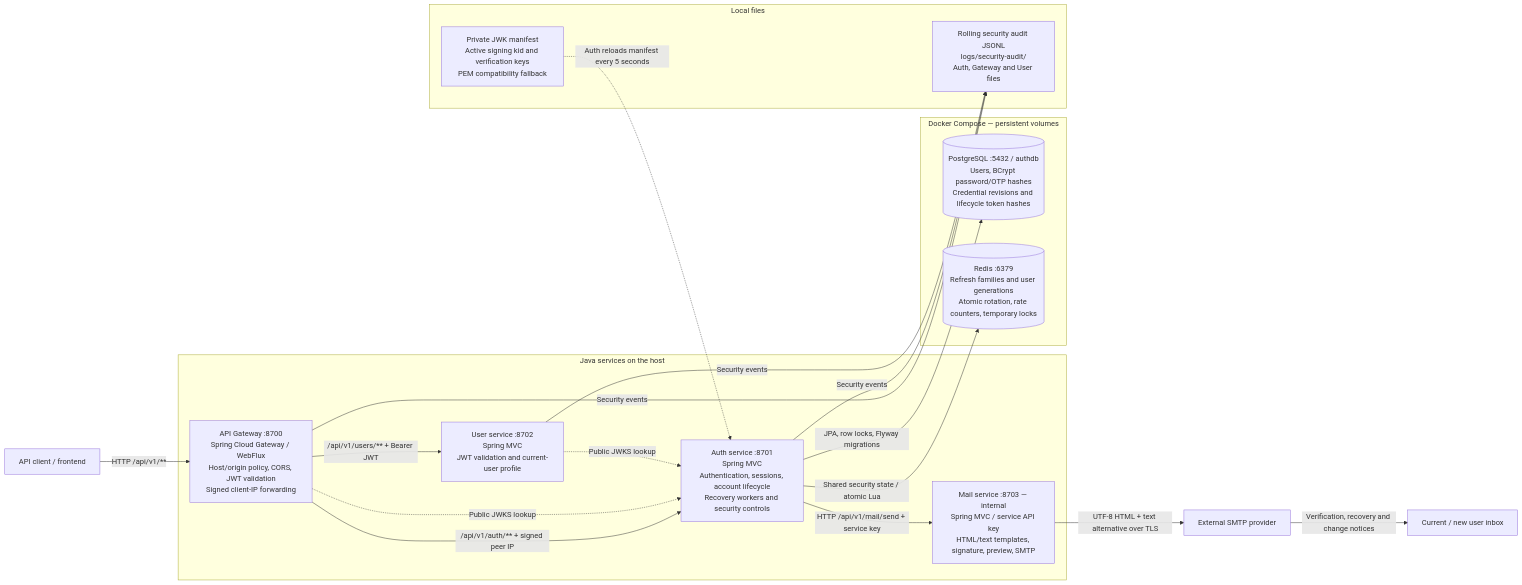
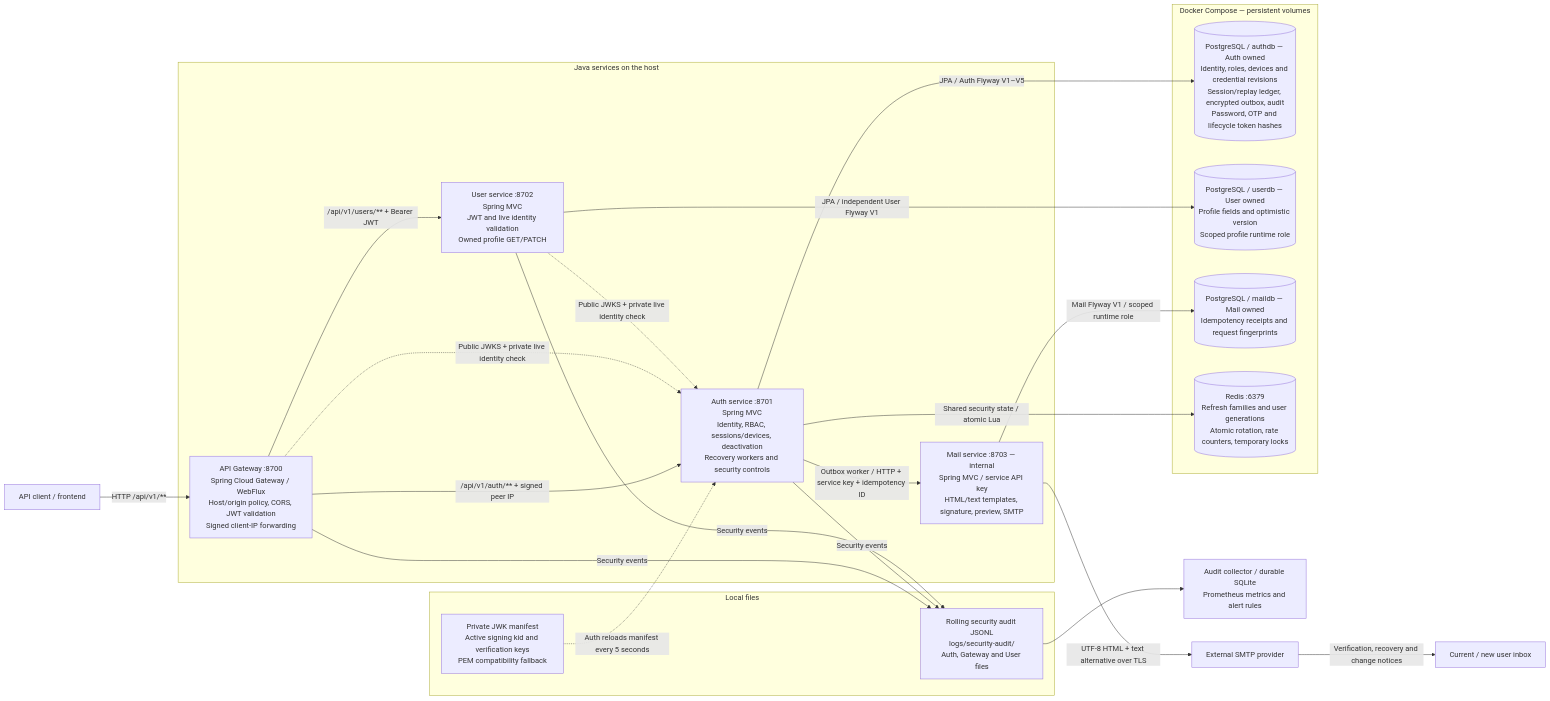
Before and after one commit to Sanglm2207/hybrid-auth-platform: the first of 3 diagrams in README.md, drawn with Mermaid. The commit also changed other lines of this file and 7 other files, not shown here.

Commit message:
docs: update architecture and P0 P1 P2 rollout guidance

````diff
--- a/README.md
+++ b/README.md
@@ -19,39 +23,44 @@
 ```mermaid
 flowchart LR
     client["API client / frontend"]
 
     subgraph services["Java services on the host"]
         gateway["API Gateway :8700<br/>Spring Cloud Gateway / WebFlux<br/>Host/origin policy, CORS, JWT validation<br/>Signed client-IP forwarding"]
-        auth["Auth service :8701<br/>Spring MVC<br/>Authentication, sessions, account lifecycle<br/>Recovery workers and security controls"]
-        user["User service :8702<br/>Spring MVC<br/>JWT validation and current-user profile"]
+        auth["Auth service :8701<br/>Spring MVC<br/>Identity, RBAC, sessions/devices, deactivation<br/>Recovery workers and security controls"]
+        user["User service :8702<br/>Spring MVC<br/>JWT and live identity validation<br/>Owned profile GET/PATCH"]
         mail["Mail service :8703 — internal<br/>Spring MVC / service API key<br/>HTML/text templates, signature, preview, SMTP"]
     end
 
     subgraph stores["Docker Compose — persistent volumes"]
-        postgres[("PostgreSQL :5432 / authdb<br/>Users, BCrypt password/OTP hashes<br/>Credential revisions and lifecycle token hashes")]
+        postgres[("PostgreSQL / authdb — Auth owned<br/>Identity, roles, devices and credential revisions<br/>Session/replay ledger, encrypted outbox, audit<br/>Password, OTP and lifecycle token hashes")]
+        profiles[("PostgreSQL / userdb — User owned<br/>Profile fields and optimistic version<br/>Scoped profile runtime role")]
+        receipts[("PostgreSQL / maildb — Mail owned<br/>Idempotency receipts and request fingerprints")]
         redis[("Redis :6379<br/>Refresh families and user generations<br/>Atomic rotation, rate counters, temporary locks")]
     end
 
     subgraph files["Local files"]
         keys["Private JWK manifest<br/>Active signing kid and verification keys<br/>PEM compatibility fallback"]
         audit["Rolling security audit JSONL<br/>logs/security-audit/<br/>Auth, Gateway and User files"]
     end
 
     smtp["External SMTP provider"]
     inbox["Current / new user inbox"]
 
     client -->|"HTTP /api/v1/**"| gateway
     gateway -->|"/api/v1/auth/** + signed peer IP"| auth
     gateway -->|"/api/v1/users/** + Bearer JWT"| user
-    gateway -.->|"Public JWKS lookup"| auth
-    user -.->|"Public JWKS lookup"| auth
+    gateway -.->|"Public JWKS + private live identity check"| auth
+    user -.->|"Public JWKS + private live identity check"| auth
     keys -.->|"Auth reloads manifest every 5 seconds"| auth
-    auth -->|"JPA, row locks, Flyway migrations"| postgres
+    auth -->|"JPA / Auth Flyway V1–V5"| postgres
+    user -->|"JPA / independent User Flyway V1"| profiles
     auth -->|"Shared security state / atomic Lua"| redis
-    auth -->|"HTTP /api/v1/mail/send + service key"| mail
+    auth -->|"Outbox worker / HTTP + service key + idempotency ID"| mail
+    mail -->|"Mail Flyway V1 / scoped runtime role"| receipts
+    audit --> collector["Audit collector / durable SQLite<br/>Prometheus metrics and alert rules"]
     mail -->|"UTF-8 HTML + text alternative over TLS"| smtp
     smtp -->|"Verification, recovery and change notices"| inbox
     gateway -->|"Security events"| audit
     auth -->|"Security events"| audit
     user -->|"Security events"| audit
 ```
````
